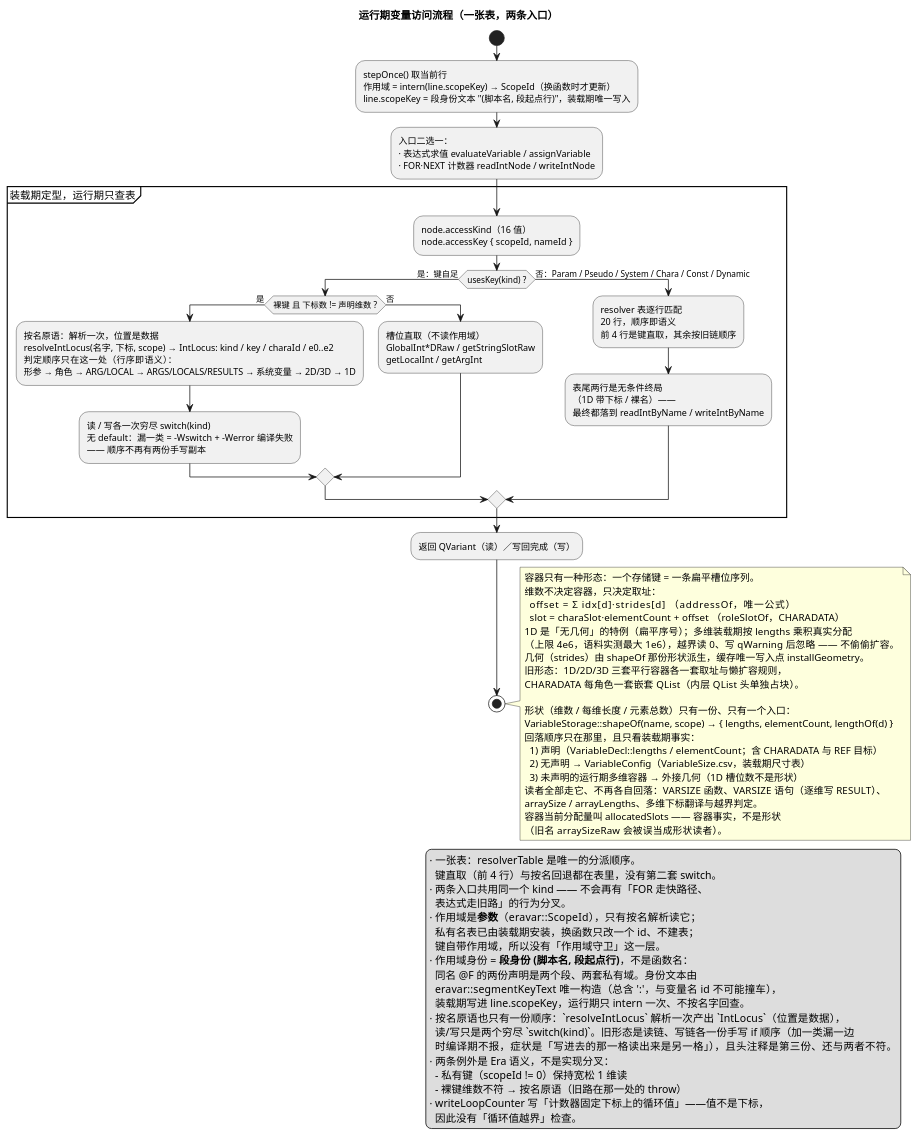
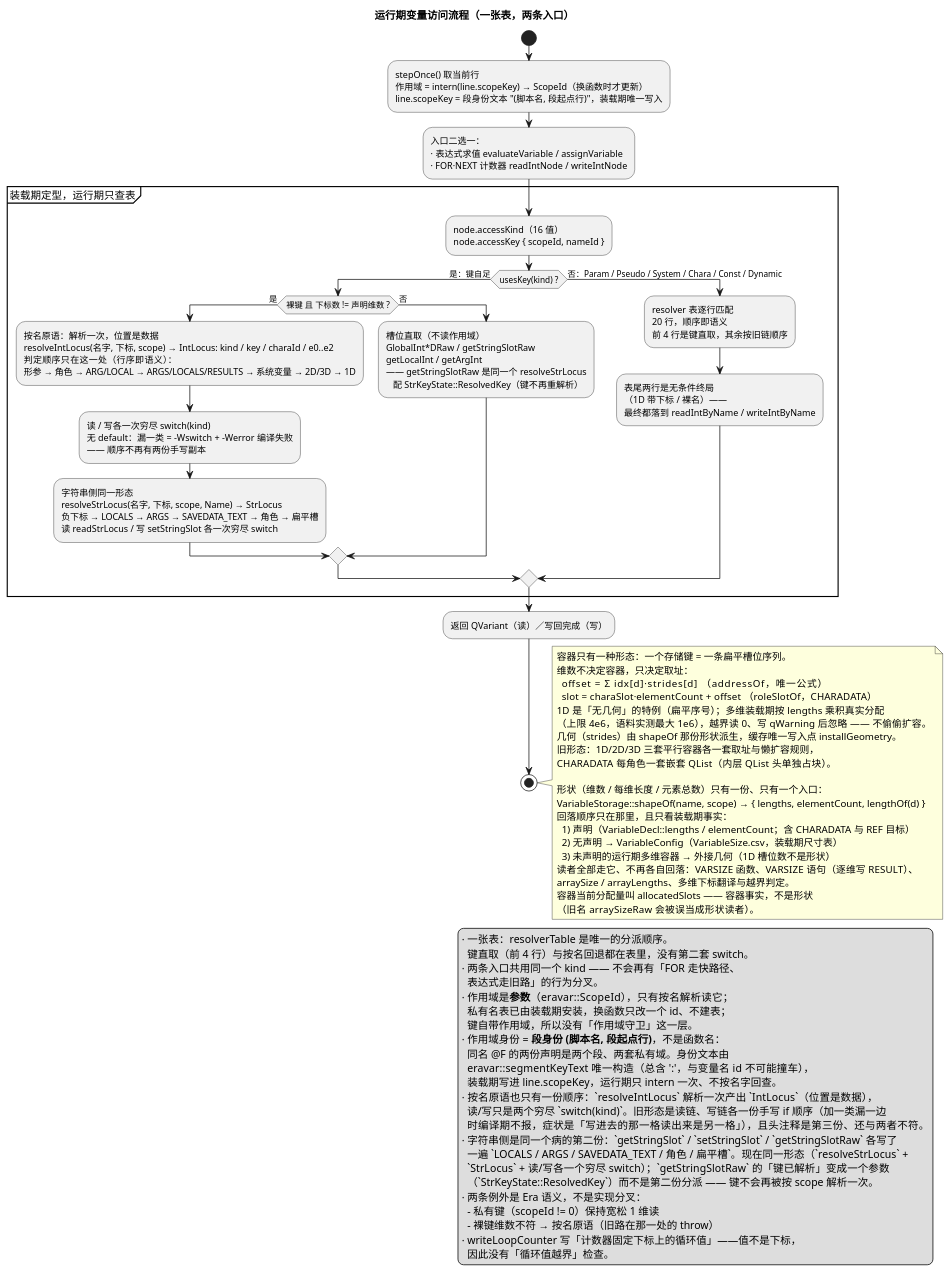
Before and after one commit to yigekuyou/qt-eraemu: the diagram in docs/uml/05-variable-access.puml, drawn with PlantUML. The commit also changed 2 other files, not shown here.

Commit message:
docs/uml 同步：字符串侧按名解析单一化（StrLocus / StrKeyState）
03：VariableStorage 增 resolveStrLocus / StrLocus / StrLocusKind / StrKeyState /
readStrLocus；getStringSlotRaw 注明「键已解析 -> ResolvedKey，不重解析」。
05：按名原语框补字符串侧同一形态；槽位直取框注明 Raw 走同一个 resolveStrLocus；
legend 增字符串侧记账（三份分派 + 读写不对称是 Era 语义、由护栏钉住）。
README：口径增「字符串侧是同一个病的第二份」，累计 38、ctest 64。

```diff
--- a/docs/uml/05-variable-access.puml
+++ b/docs/uml/05-variable-access.puml
@@ -1,90 +1,100 @@
 @startuml 05-variable-access
 ' 无 graphviz(dot) 时用 PlantUML 内置 smetana 布局引擎
 !pragma layout smetana
 ' 竖直排列 if/elseif，避免横向漂移（旧版本忽略此行也能渲染）
 !pragma useVerticalIf on
 ' emuera —— 运行期变量访问：两条入口 → 一张表 → 唯一按名原语
 ' 渲染：plantuml -tpng docs/uml/05-variable-access.puml
 title 运行期变量访问流程（一张表，两条入口）
 
 start
 :stepOnce() 取当前行
 作用域 = intern(line.scopeKey) → ScopeId（换函数时才更新）
 line.scopeKey = 段身份文本 "(脚本名, 段起点行)"，装载期唯一写入;
 :入口二选一：
 · 表达式求值 evaluateVariable / assignVariable
 · FOR·NEXT 计数器 readIntNode / writeIntNode;
 
 partition "装载期定型，运行期只查表" {
   :node.accessKind（16 值）
   node.accessKey { scopeId, nameId };
   if (usesKey(kind) ?) then (是：键自足)
     if (裸键 且 下标数 != 声明维数 ?) then (是)
       :按名原语：解析一次，位置是数据
       resolveIntLocus(名字, 下标, scope) → IntLocus: kind / key / charaId / e0..e2
       判定顺序只在这一处（行序即语义）：
       形参 → 角色 → ARG/LOCAL → ARGS/LOCALS/RESULTS → 系统变量 → 2D/3D → 1D;
       :读 / 写各一次穷尽 switch(kind)
       无 default：漏一类 = -Wswitch + -Werror 编译失败
       —— 顺序不再有两份手写副本;
+      :字符串侧同一形态
+      resolveStrLocus(名字, 下标, scope, Name) → StrLocus
+      负下标 → LOCALS → ARGS → SAVEDATA_TEXT → 角色 → 扁平槽
+      读 readStrLocus / 写 setStringSlot 各一次穷尽 switch;
     else (否)
       :槽位直取（不读作用域）
       GlobalInt*DRaw / getStringSlotRaw
-      getLocalInt / getArgInt;
+      getLocalInt / getArgInt
+      —— getStringSlotRaw 是同一个 resolveStrLocus
+         配 StrKeyState::ResolvedKey（键不再重解析）;
     endif
   else (否：Param / Pseudo / System / Chara / Const / Dynamic)
     :resolver 表逐行匹配
     20 行，顺序即语义
     前 4 行是键直取，其余按旧链顺序;
     :表尾两行是无条件终局
     （1D 带下标 / 裸名）——
     最终都落到 readIntByName / writeIntByName;
   endif
 }
 :返回 QVariant（读）／写回完成（写）;
 stop
 
 legend right
   · 一张表：resolverTable 是唯一的分派顺序。
     键直取（前 4 行）与按名回退都在表里，没有第二套 switch。
   · 两条入口共用同一个 kind —— 不会再有「FOR 走快路径、
     表达式走旧路」的行为分叉。
   · 作用域是**参数**（eravar::ScopeId），只有按名解析读它；
     私有名表已由装载期安装，换函数只改一个 id、不建表；
     键自带作用域，所以没有「作用域守卫」这一层。
   · 作用域身份 = **段身份 (脚本名, 段起点行)**，不是函数名：
     同名 @F 的两份声明是两个段、两套私有域。身份文本由
     eravar::segmentKeyText 唯一构造（总含 ':'，与变量名 id 不可能撞车），
     装载期写进 line.scopeKey，运行期只 intern 一次、不按名字回查。
   · 按名原语也只有一份顺序：`resolveIntLocus` 解析一次产出 `IntLocus`（位置是数据），
     读/写只是两个穷尽 `switch(kind)`。旧形态是读链、写链各一份手写 if 顺序（加一类漏一边
     时编译期不报，症状是「写进去的那一格读出来是另一格」），且头注释是第三份、还与两者不符。
+  · 字符串侧是同一个病的第二份：`getStringSlot` / `setStringSlot` / `getStringSlotRaw` 各写了
+    一遍 `LOCALS / ARGS / SAVEDATA_TEXT / 角色 / 扁平槽`。现在同一形态（`resolveStrLocus` +
+    `StrLocus` + 读/写各一个穷尽 switch）；`getStringSlotRaw` 的「键已解析」变成一个参数
+    （`StrKeyState::ResolvedKey`）而不是第二份分派 —— 键不会再被按 scope 解析一次。
   · 两条例外是 Era 语义，不是实现分叉：
     - 私有键（scopeId != 0）保持宽松 1 维读
     - 裸键维数不符 → 按名原语（旧路在那一处的 throw）
   · writeLoopCounter 写「计数器固定下标上的循环值」——值不是下标，
     因此没有「循环值越界」检查。
 endlegend
 note right
   容器只有一种形态：一个存储键 = 一条扁平槽位序列。
   维数不决定容器，只决定取址：
     offset = Σ idx[d]·strides[d]             （addressOf，唯一公式）
     slot   = charaSlot·elementCount + offset （roleSlotOf，CHARADATA）
   1D 是「无几何」的特例（扁平序号）；多维装载期按 lengths 乘积真实分配
   （上限 4e6，语料实测最大 1e6），越界读 0、写 qWarning 后忽略 —— 不偷偷扩容。
   几何（strides）由 shapeOf 那份形状派生，缓存唯一写入点 installGeometry。
   旧形态：1D/2D/3D 三套平行容器各一套取址与懒扩容规则，
   CHARADATA 每角色一套嵌套 QList（内层 QList 头单独占块）。
 
   形状（维数 / 每维长度 / 元素总数）只有一份、只有一个入口：
   VariableStorage::shapeOf(name, scope) → { lengths, elementCount, lengthOf(d) }
   回落顺序只在那里，且只看装载期事实：
     1) 声明（VariableDecl::lengths / elementCount；含 CHARADATA 与 REF 目标）
     2) 无声明 → VariableConfig（VariableSize.csv，装载期尺寸表）
     3) 未声明的运行期多维容器 → 外接几何（1D 槽位数不是形状）
   读者全部走它、不再各自回落：VARSIZE 函数、VARSIZE 语句（逐维写 RESULT）、
   arraySize / arrayLengths、多维下标翻译与越界判定。
   容器当前分配量叫 allocatedSlots —— 容器事实，不是形状
   （旧名 arraySizeRaw 会被误当成形状读者）。
 end note
 @enduml
```
